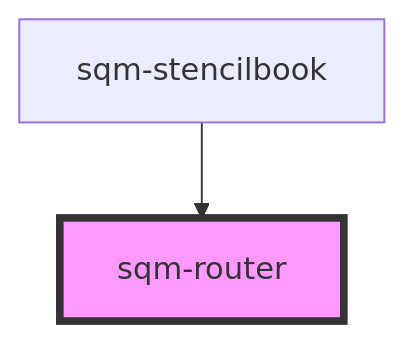
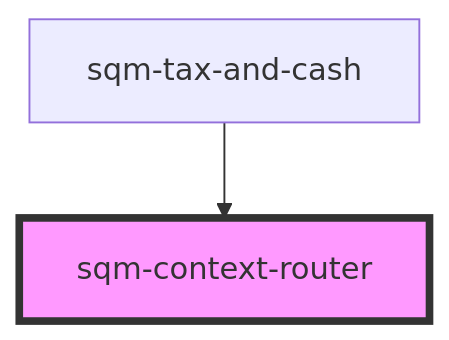
One commit to saasquatch/program-tools changed the diagram in packages/mint-components/src/components/sqm-context-router/readme.md. Above: the diagram before and after it, drawn with Mermaid. The commit also changed other lines of this file and 12 other files, not shown here.

````diff
--- a/packages/mint-components/src/components/sqm-context-router/readme.md
+++ b/packages/mint-components/src/components/sqm-context-router/readme.md
@@ -15,5 +22,5 @@
 ```mermaid
 graph TD;
-  sqm-stencilbook --> sqm-router
-  style sqm-router fill:#f9f,stroke:#333,stroke-width:4px
+  sqm-tax-and-cash --> sqm-context-router
+  style sqm-context-router fill:#f9f,stroke:#333,stroke-width:4px
 ```
````
